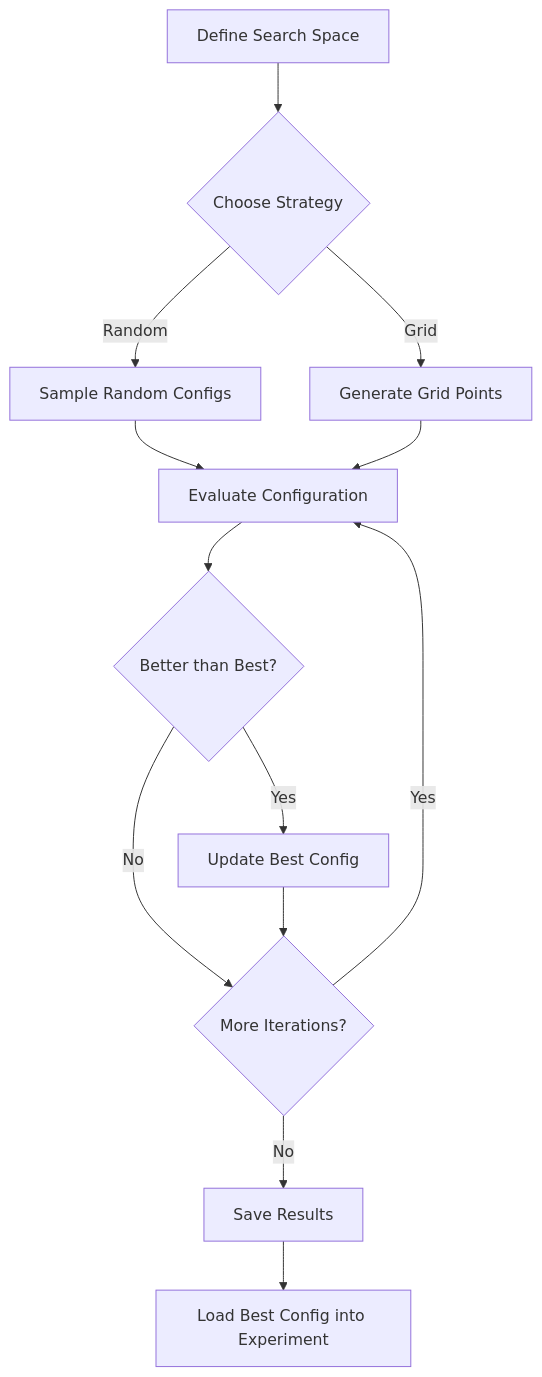
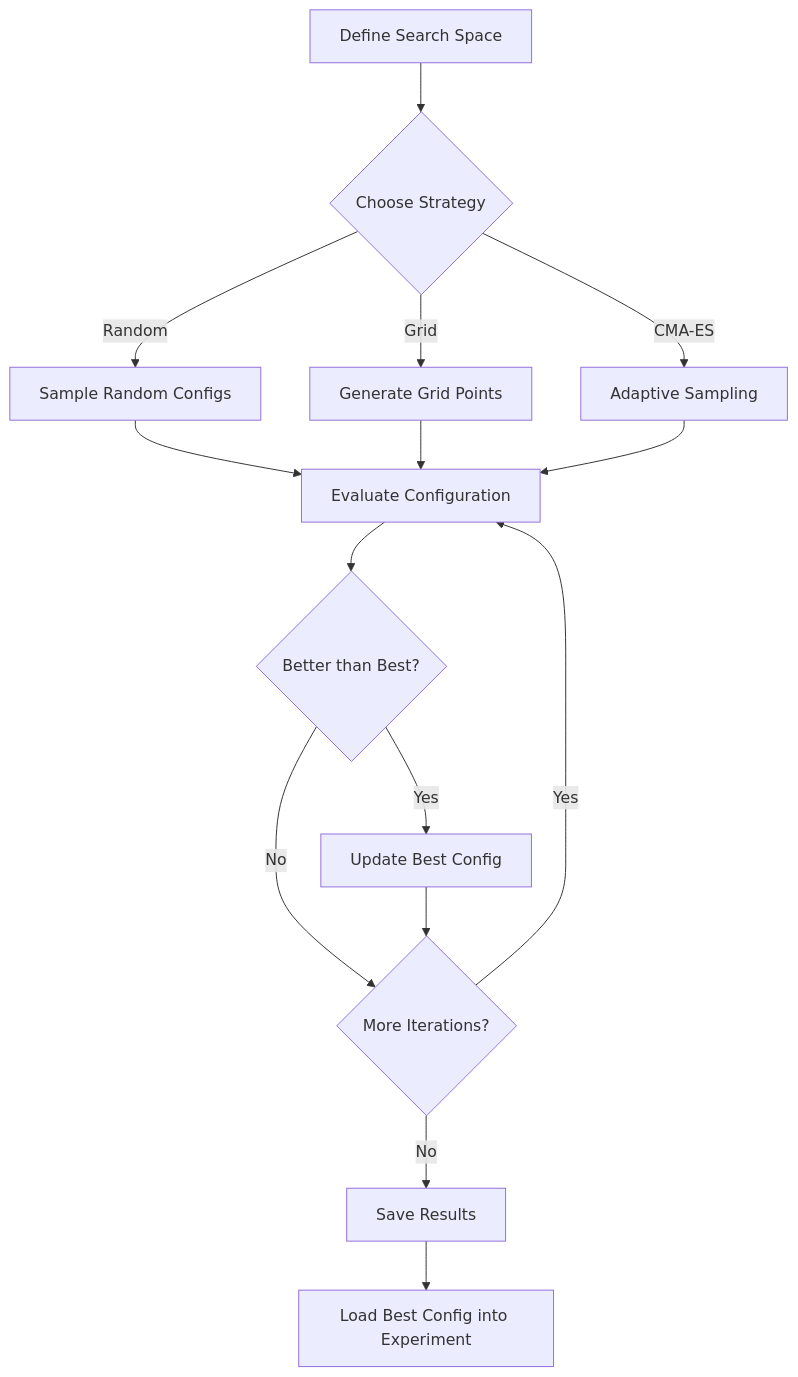
One commit to AgentFoundryExamples/lqr-quadcopter-test changed the second of 2 diagrams in docs/training.md. Above: the diagram before and after it, drawn with Mermaid. The commit also changed other lines of this file and 8 other files, not shown here.

````diff
--- a/docs/training.md
+++ b/docs/training.md
@@ -1297,15 +1298,17 @@
 ```mermaid
 flowchart TD
     A[Define Search Space] --> B{Choose Strategy}
     B -->|Random| C[Sample Random Configs]
     B -->|Grid| D[Generate Grid Points]
-    C --> E[Evaluate Configuration]
-    D --> E
-    E --> F{Better than Best?}
-    F -->|Yes| G[Update Best Config]
-    F -->|No| H{More Iterations?}
-    G --> H
-    H -->|Yes| E
-    H -->|No| I[Save Results]
-    I --> J[Load Best Config into Experiment]
+    B -->|CMA-ES| E[Adaptive Sampling]
+    C --> F[Evaluate Configuration]
+    D --> F
+    E --> F
+    F --> G{Better than Best?}
+    G -->|Yes| H[Update Best Config]
+    G -->|No| I{More Iterations?}
+    H --> I
+    I -->|Yes| F
+    I -->|No| J[Save Results]
+    J --> K[Load Best Config into Experiment]
 ```
````
